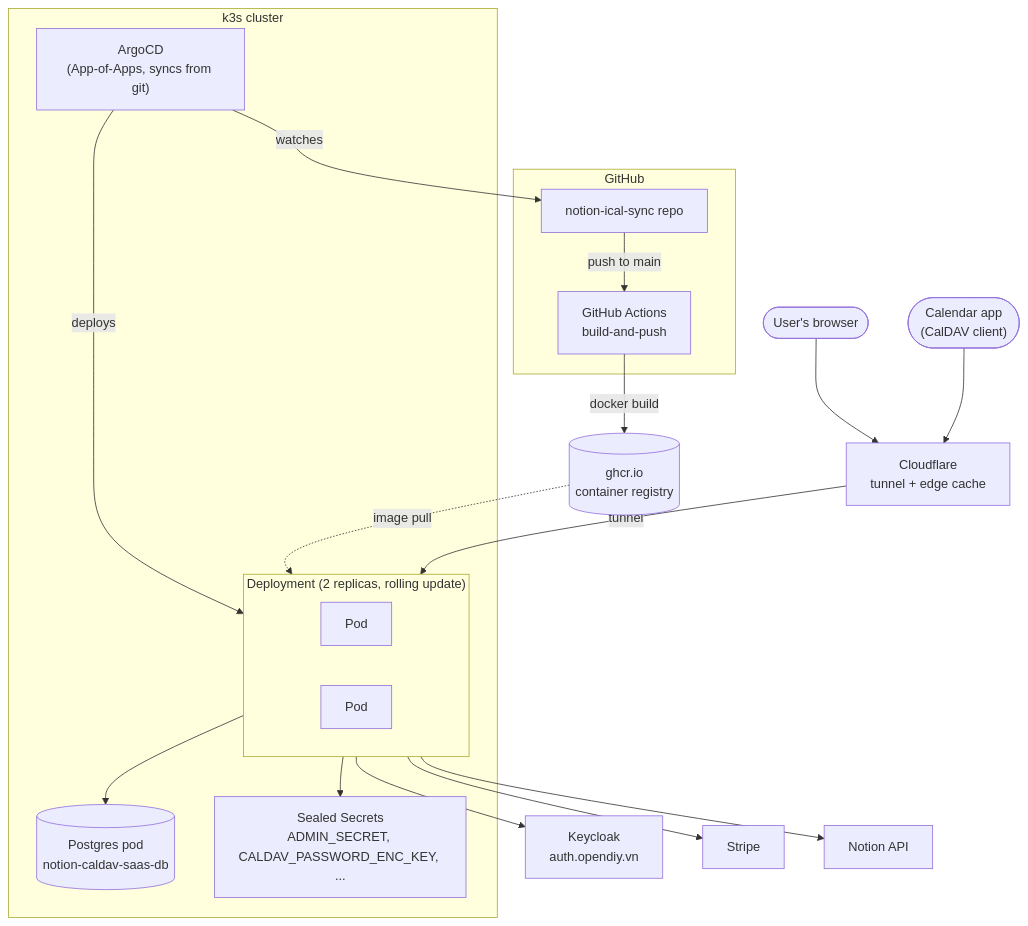
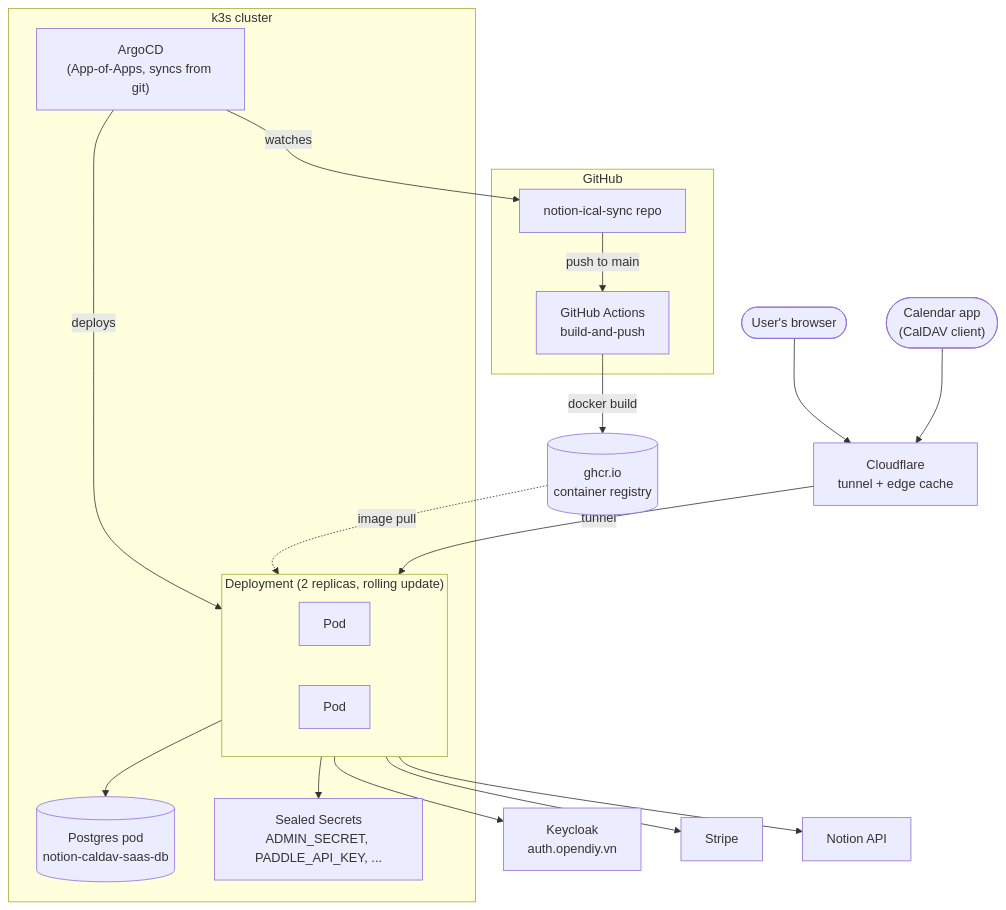
The fifth of 5 diagrams in docs/DIAGRAMS.md (huyvu8051/notion-ical-sync), drawn with Mermaid before and after one commit. The commit also changed 2 other files, not shown here.

Commit message:
docs: CALDAV_PASSWORD_ENC_KEY is gone, not just dead
The README described it as a variable nothing reads that is still in .env and
the production sealed secret. It is now in neither, so the paragraph
explaining the discrepancy goes with it.

The manual test plan still exported it and still had a case for the "reveal
not configured" error page it used to produce; neither can happen now. The
architecture diagram listed it as one of the two sealed secrets worth naming,
which is now PADDLE_API_KEY.

````diff
--- a/docs/DIAGRAMS.md
+++ b/docs/DIAGRAMS.md
@@ -217,41 +217,41 @@
 ```mermaid
 flowchart TB
     subgraph GitHub["GitHub"]
         Repo["notion-ical-sync repo"]
         Actions["GitHub Actions<br/>build-and-push"]
     end
     Registry[("ghcr.io<br/>container registry")]
 
     subgraph Cluster["k3s cluster"]
         ArgoCD["ArgoCD<br/>(App-of-Apps, syncs from git)"]
         subgraph Pods["Deployment (2 replicas, rolling update)"]
             Pod1["Pod"]
             Pod2["Pod"]
         end
         PG[("Postgres pod<br/>notion-caldav-saas-db")]
-        Secrets["Sealed Secrets<br/>ADMIN_SECRET, CALDAV_PASSWORD_ENC_KEY, ..."]
+        Secrets["Sealed Secrets<br/>ADMIN_SECRET, PADDLE_API_KEY, ..."]
     end
 
     Cloudflare["Cloudflare<br/>tunnel + edge cache"]
     BrowserUser(["User's browser"])
     ClientApp(["Calendar app<br/>(CalDAV client)"])
 
     Keycloak["Keycloak<br/>auth.opendiy.vn"]
     Stripe["Stripe"]
     Notion["Notion API"]
 
     Repo -- push to main --> Actions
     Actions -- docker build --> Registry
     ArgoCD -- watches --> Repo
     ArgoCD -- deploys --> Pods
     Registry -. image pull .-> Pods
 
     BrowserUser --> Cloudflare
     ClientApp --> Cloudflare
     Cloudflare -- tunnel --> Pods
     Pods --> PG
     Pods --> Secrets
     Pods --> Keycloak
     Pods --> Stripe
     Pods --> Notion
 ```
````
